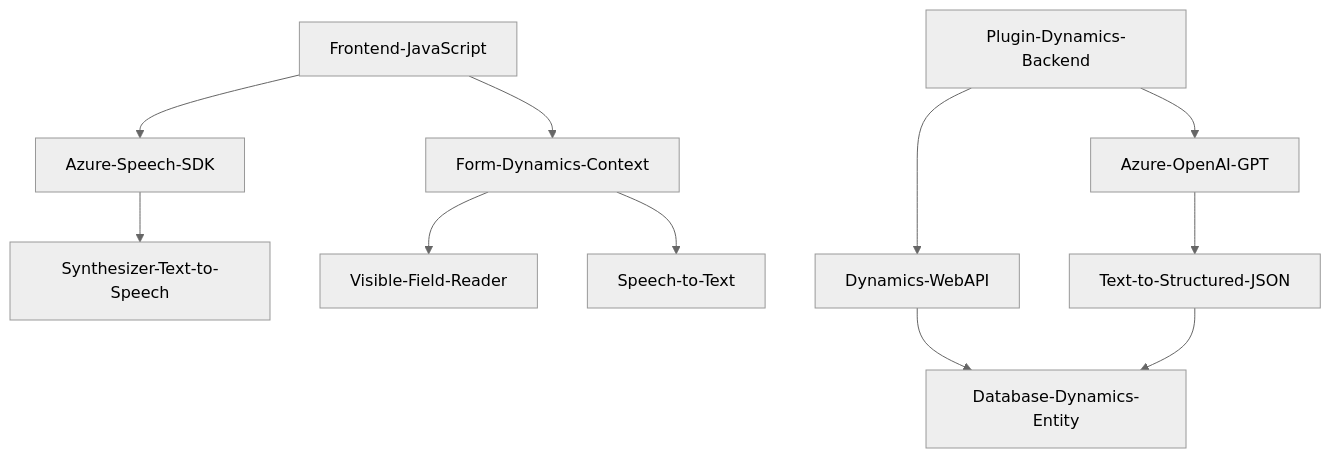
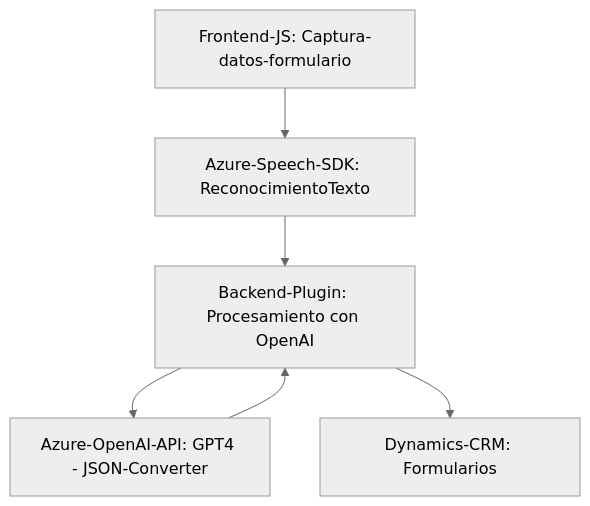
The diagram in README.md (blopezdm/NETCORE_BILBAO2025), drawn with Mermaid (neutral theme) before and after one commit. The commit also changed other lines of this file, not shown here.

Commit message:
Actualizar análisis global de la solución con IA

````diff
--- a/README.md
+++ b/README.md
@@ -51,14 +59,14 @@
 ```mermaid
 graph TD
-  A[Frontend-JavaScript] --> B["Azure-Speech-SDK"]
-  A --> C[Form-Dynamics-Context]
-  B --> D["Synthesizer-Text-to-Speech"]
-  C --> E["Visible-Field-Reader"]
-  C --> F["Speech-to-Text"]
-
-  G[Plugin-Dynamics-Backend] --> H["Azure-OpenAI-GPT"]
-  G --> I["Dynamics-WebAPI"]
-  H --> J["Text-to-Structured-JSON"]
-  I --> K["Database-Dynamics-Entity"]
-  J --> K
+    A["Frontend-JS: Captura-datos-formulario"]
+    B["Azure-Speech-SDK: ReconocimientoTexto"]
+    C["Backend-Plugin: Procesamiento con OpenAI"]
+    D["Azure-OpenAI-API: GPT4 - JSON-Converter"]
+    E["Dynamics-CRM: Formularios"]
+    
+    A --> B
+    B --> C
+    C --> D
+    D --> C
+    C --> E
 ```
````
